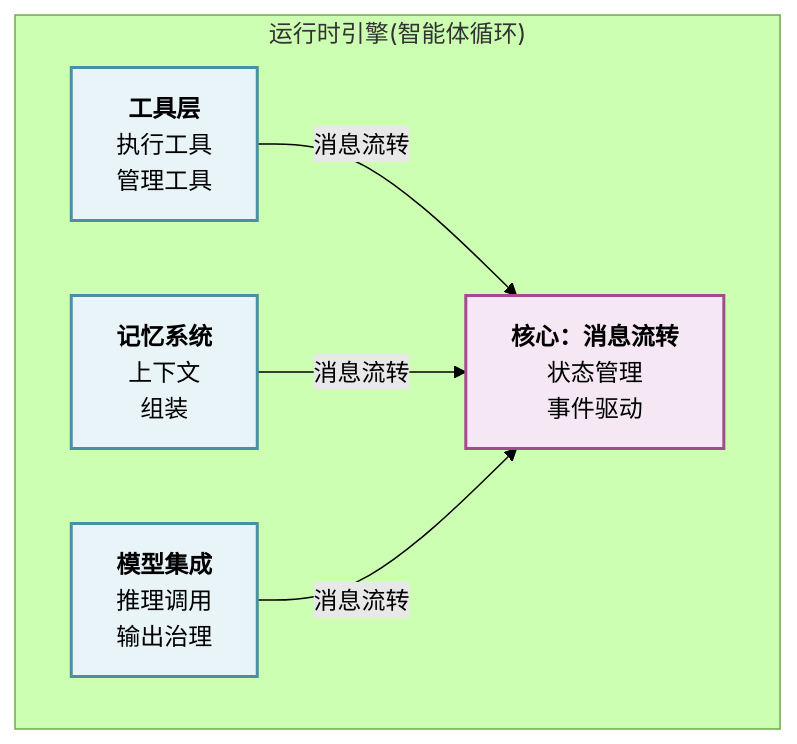
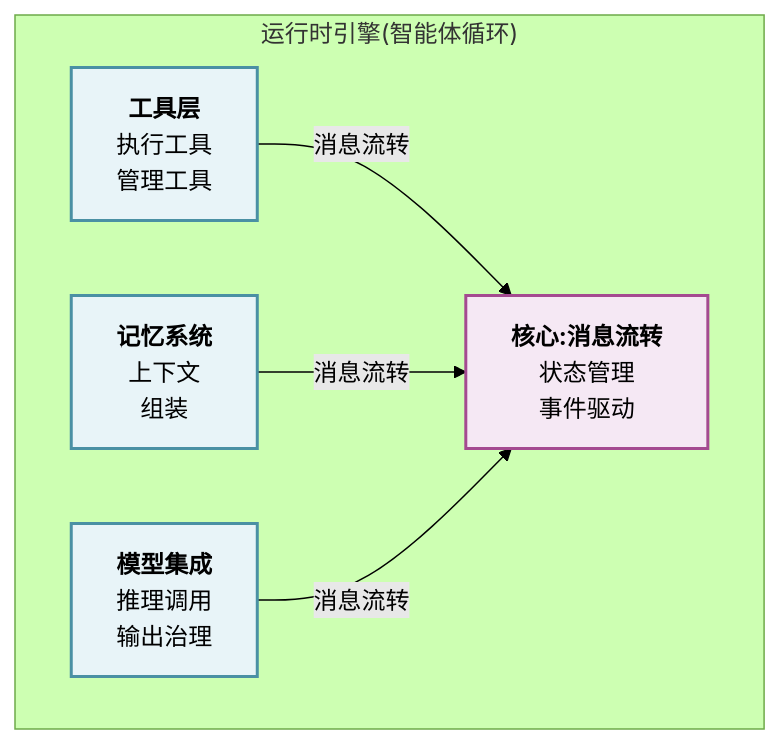
The second of 2 diagrams in 04_runtime/summary.md (yeasy/harness_engineering_guide), drawn with Mermaid (forest theme) before and after one commit. The commit also changed 94 other files, not shown here.

````diff
--- a/04_runtime/summary.md
+++ b/04_runtime/summary.md
@@ -155,17 +155,17 @@
 ```mermaid
 graph TB
     subgraph "运行时引擎(智能体循环)"
         ToolLayer["<b>工具层</b><br/>执行工具<br/>管理工具"]
         MemorySystem["<b>记忆系统</b><br/>上下文<br/>组装"]
         ModelIntegration["<b>模型集成</b><br/>推理调用<br/>输出治理"]
 
-        ToolLayer -->|消息流转| CoreEngine["<b>核心：消息流转</b><br/>状态管理<br/>事件驱动"]
+        ToolLayer -->|消息流转| CoreEngine["<b>核心:消息流转</b><br/>状态管理<br/>事件驱动"]
         MemorySystem -->|消息流转| CoreEngine
         ModelIntegration -->|消息流转| CoreEngine
     end
 
     style ToolLayer fill:#e8f4f8,stroke:#4a90a4,stroke-width:2px,color:#000000
     style MemorySystem fill:#e8f4f8,stroke:#4a90a4,stroke-width:2px,color:#000000
     style ModelIntegration fill:#e8f4f8,stroke:#4a90a4,stroke-width:2px,color:#000000
     style CoreEngine fill:#f5e8f4,stroke:#a44a90,stroke-width:2px,color:#000000
 ```
````
